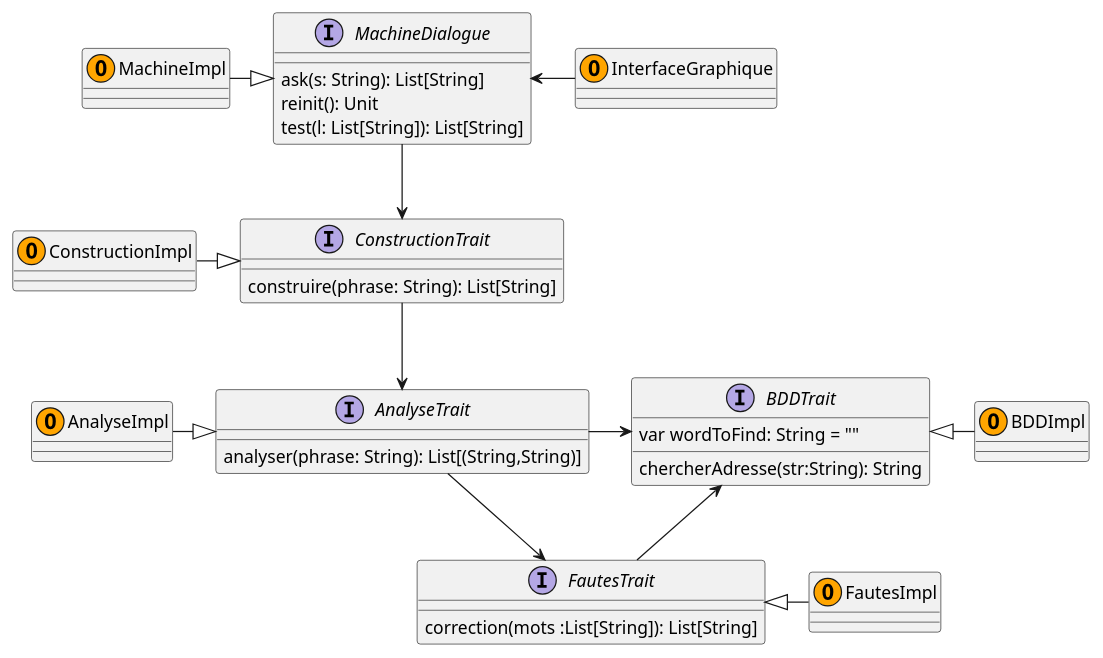
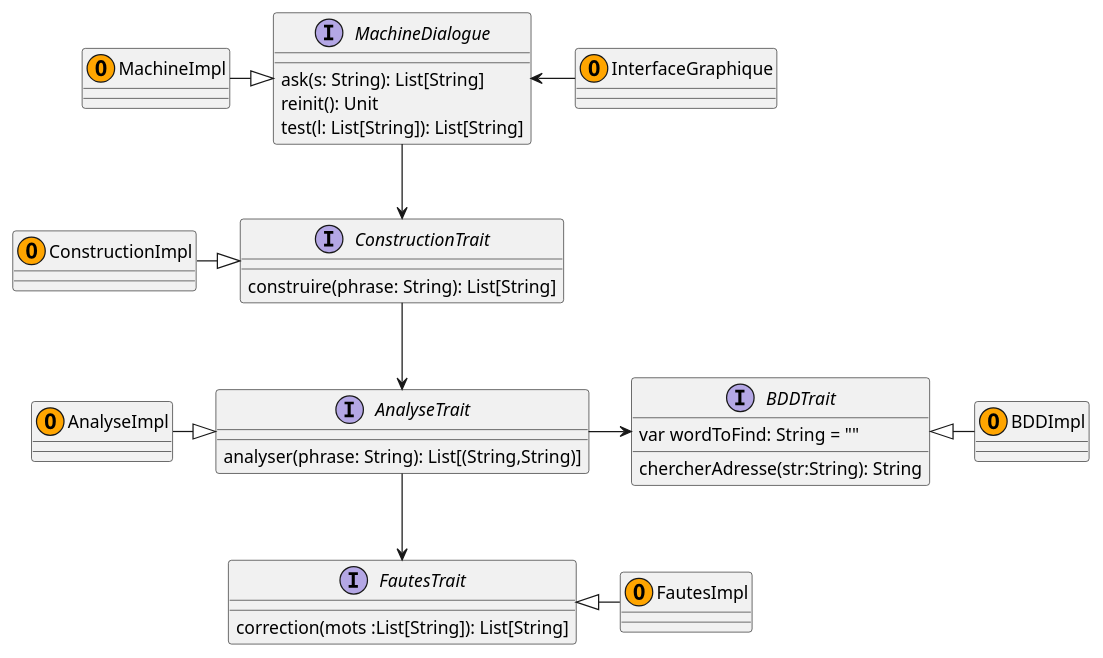
One commit to mathisglt/AvatarBacchus changed the diagram in src/main/scala/diagramme/diag_imp.plantuml. Above: the diagram before and after it, drawn with PlantUML.

Commit message:
diag_uml

```diff
--- a/src/main/scala/diagramme/diag_imp.plantuml
+++ b/src/main/scala/diagramme/diag_imp.plantuml
@@ -1,51 +1,50 @@
 @startuml Avatar
 
 interface BDDTrait{
 	var wordToFind: String = "" 
 	chercherAdresse(str:String): String
 }
 
 interface MachineDialogue {
 	ask(s: String): List[String]
 	reinit(): Unit
 	test(l: List[String]): List[String]
 }
 
 interface ConstructionTrait{
 	construire(phrase: String): List[String]
 }
 	
 interface InterfaceGraphique{
 	
 }
 
 interface FautesTrait{
 	correction(mots :List[String]): List[String]
 }
 
 interface AnalyseTrait{
 	analyser(phrase: String): List[(String,String)]
 }
 
 
 class MachineImpl <<(O,Orange)>>
 class InterfaceGraphique <<(O,Orange)>>
 class ConstructionImpl <<(O,Orange)>>
 class AnalyseImpl <<(O,Orange)>>
 class BDDImpl <<(O,Orange)>>
 class FautesImpl <<(O,Orange)>>
 
 MachineImpl -|> MachineDialogue
 BDDTrait <|-  BDDImpl 
 ConstructionImpl -|>  ConstructionTrait
 AnalyseImpl -|>  AnalyseTrait 
 FautesTrait <|-  FautesImpl 
 
 MachineDialogue --> ConstructionTrait
 MachineDialogue <- InterfaceGraphique
 ConstructionTrait --> AnalyseTrait
 AnalyseTrait -> BDDTrait
 AnalyseTrait --> FautesTrait
-BDDTrait <-  FautesTrait
 
 @enduml
```
